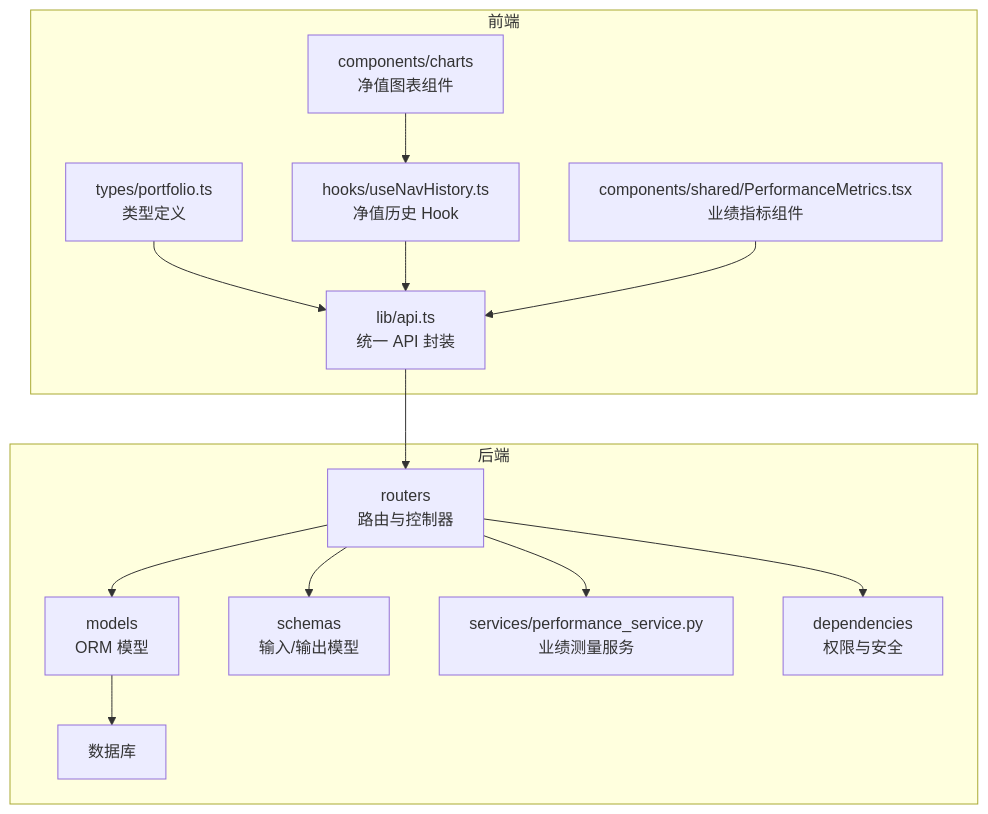
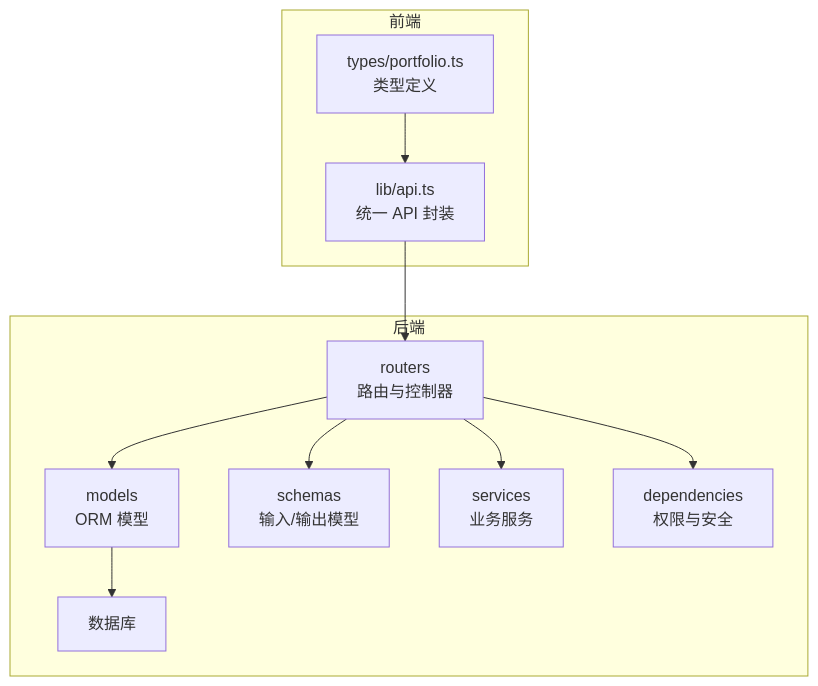
Before and after one commit to gujialind/InvestRing: the first of 10 diagrams in .qoder/repowiki/zh/content/核心业务功能/投资组合管理.md, drawn with Mermaid. The commit also changed other lines of this file and 65 other files, not shown here.

````diff
--- a/.qoder/repowiki/zh/content/核心业务功能/投资组合管理.md
+++ b/.qoder/repowiki/zh/content/核心业务功能/投资组合管理.md
@@ -55,28 +52,22 @@
 ```mermaid
 graph TB
 subgraph "后端"
 M["models<br/>ORM 模型"]
 S["schemas<br/>输入/输出模型"]
 R["routers<br/>路由与控制器"]
-P["services/performance_service.py<br/>业绩测量服务"]
+SV["services<br/>业务服务"]
 D["dependencies<br/>权限与安全"]
 DB["数据库"]
 end
 subgraph "前端"
 FE_API["lib/api.ts<br/>统一 API 封装"]
 FE_TYPES["types/portfolio.ts<br/>类型定义"]
-FE_HOOKS["hooks/useNavHistory.ts<br/>净值历史 Hook"]
-FE_CHARTS["components/charts<br/>净值图表组件"]
-FE_PERF["components/shared/PerformanceMetrics.tsx<br/>业绩指标组件"]
 end
 FE_API --> R
 R --> M
 R --> S
-R --> P
+R --> SV
 R --> D
 M --> DB
 FE_TYPES --> FE_API
-FE_HOOKS --> FE_API
-FE_CHARTS --> FE_HOOKS
-FE_PERF --> FE_API
 ```
````
